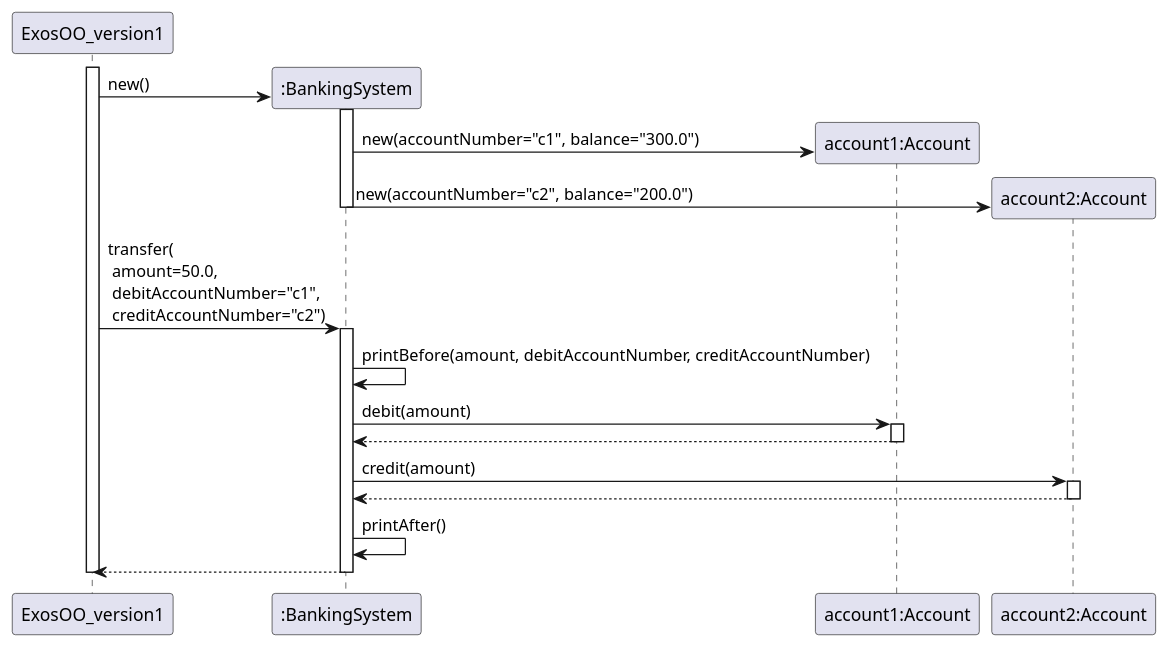
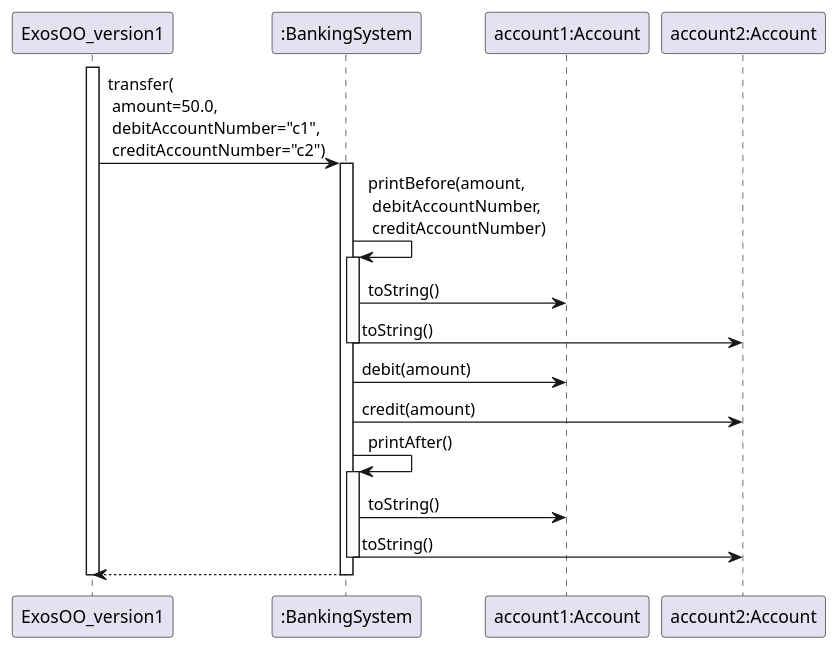
Before and after one commit to profesig/exosOO: the diagram in IntroDiagrammes/uml/ExosOO_version2_sd.puml, drawn with PlantUML. The commit also changed 4 other files, not shown here.

```diff
--- a/IntroDiagrammes/uml/ExosOO_version2_sd.puml
+++ b/IntroDiagrammes/uml/ExosOO_version2_sd.puml
@@ -1,40 +1,35 @@
 @startuml
 participant Main as "ExosOO_version1"
 participant BankingSystem as ":BankingSystem"
 participant Account1 as "account1:Account"
 participant Account2 as "account2:Account"
 
 activate Main
 
-create BankingSystem
-Main -> BankingSystem : new()
-activate BankingSystem
-create Account1
-BankingSystem -> Account1 : new(accountNumber="c1", balance="300.0")
-create Account2
-BankingSystem -> Account2 : new(accountNumber="c2", balance="200.0")
-deactivate BankingSystem
-
 Main -> BankingSystem : transfer(\n amount=50.0, \n debitAccountNumber="c1",\n creditAccountNumber="c2")
 activate BankingSystem
 
-BankingSystem -> BankingSystem : printBefore(amount, debitAccountNumber, creditAccountNumber)
+BankingSystem -> BankingSystem : printBefore(amount,\n debitAccountNumber,\n creditAccountNumber)
+activate BankingSystem
+BankingSystem -> Account1 : toString()
+BankingSystem -> Account2 : toString()
+deactivate BankingSystem
 
 BankingSystem -> Account1 : debit(amount)
-activate Account1
-Account1 --> BankingSystem
-deactivate Account1
+
 
 BankingSystem -> Account2 : credit(amount)
-activate Account2
-Account2 --> BankingSystem
-deactivate Account2
+
 
 BankingSystem -> BankingSystem : printAfter()
+activate BankingSystem
+BankingSystem -> Account1 : toString()
+BankingSystem -> Account2 : toString()
+deactivate BankingSystem
 
 BankingSystem --> Main
 deactivate BankingSystem
 
 deactivate Main
 
 @enduml
```
